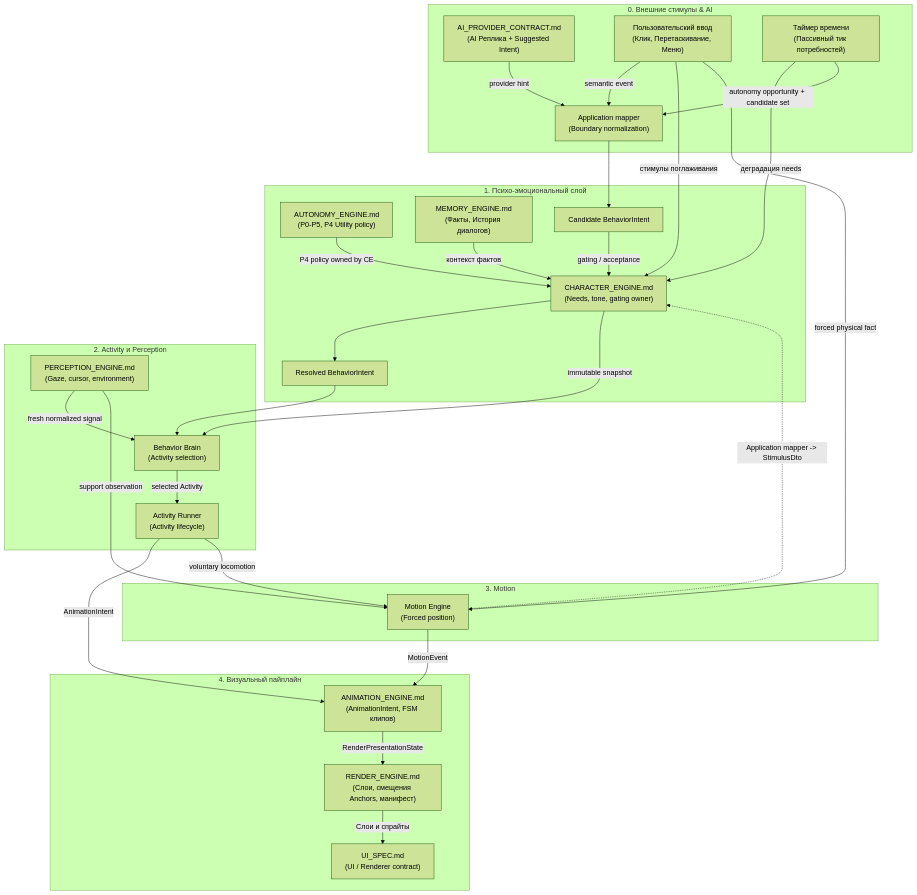
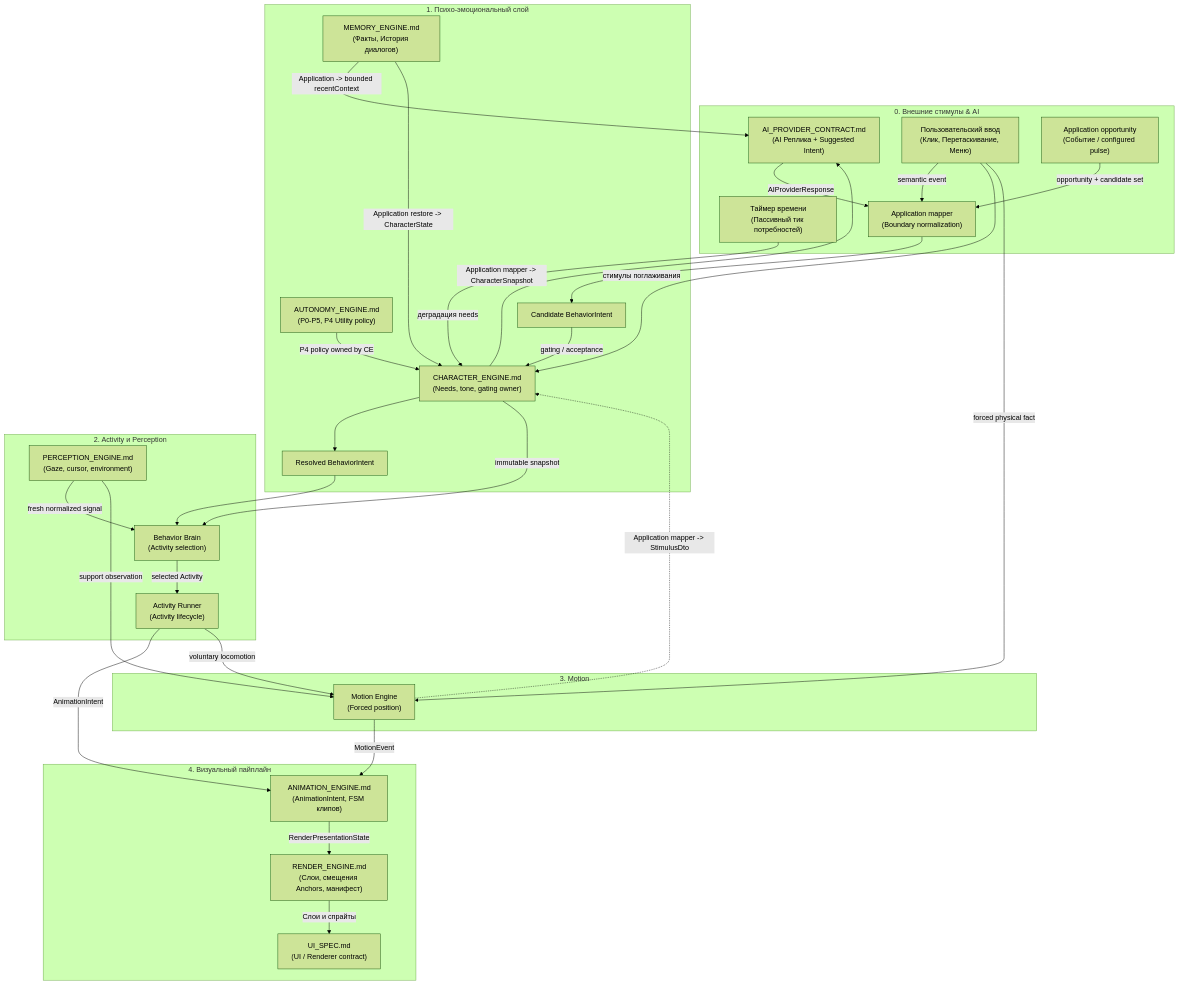
One commit to zyzycode/project_wisp changed the diagram in docs/engine/README.md. Above: the diagram before and after it, drawn with Mermaid (forest theme). The commit also changed other lines of this file, not shown here.

````diff
--- a/docs/engine/README.md
+++ b/docs/engine/README.md
@@ -46,63 +48,66 @@
 ```mermaid
 flowchart TD
     subgraph External["0. Внешние стимулы & AI"]
         AI["AI_PROVIDER_CONTRACT.md\n(AI Реплика + Suggested Intent)"]
         UserEvents["Пользовательский ввод\n(Клик, Перетаскивание, Меню)"]
         Tick["Таймер времени\n(Пассивный тик потребностей)"]
+        Opportunity["Application opportunity\n(Событие / configured pulse)"]
         Mapper["Application mapper\n(Boundary normalization)"]
     end
 
     subgraph Mind["1. Психо-эмоциональный слой"]
         CE["CHARACTER_ENGINE.md\n(Needs, tone, gating owner)"]
         AU["AUTONOMY_ENGINE.md\n(P0-P5, P4 Utility policy)"]
         Mem["MEMORY_ENGINE.md\n(Факты, История диалогов)"]
         Candidate["Candidate BehaviorIntent"]
         Resolved["Resolved BehaviorIntent"]
     end
 
     subgraph Behavior["2. Activity и Perception"]
         Brain["Behavior Brain\n(Activity selection)"]
         Runner["Activity Runner\n(Activity lifecycle)"]
         Perception["PERCEPTION_ENGINE.md\n(Gaze, cursor, environment)"]
     end
 
     subgraph Motion["3. Motion"]
         Physics["Motion Engine\n(Forced position)"]
     end
 
     subgraph Visual["4. Визуальный пайплайн"]
         AE["ANIMATION_ENGINE.md\n(AnimationIntent, FSM клипов)"]
         RE["RENDER_ENGINE.md\n(Слои, смещения Anchors, манифест)"]
         UI["UI_SPEC.md\n(UI / Renderer contract)"]
     end
 
     %% Потоки стимулов
     Tick -->|деградация needs| CE
-    AI -->|provider hint| Mapper
+    CE -->|Application mapper -> CharacterSnapshot| AI
+    Mem -->|Application -> bounded recentContext| AI
+    AI -->|AIProviderResponse| Mapper
     UserEvents -->|semantic event| Mapper
-    Tick -->|autonomy opportunity + candidate set| Mapper
+    Opportunity -->|opportunity + candidate set| Mapper
     Mapper --> Candidate
     Candidate -->|gating / acceptance| CE
     AU -->|P4 policy owned by CE| CE
     CE --> Resolved
     UserEvents -->|стимулы поглаживания| CE
     UserEvents -->|forced physical fact| Physics
 
     %% Психология -> Выбор поведения
-    Mem -->|контекст фактов| CE
+    Mem -->|Application restore -> CharacterState| CE
     Resolved --> Brain
     CE -->|immutable snapshot| Brain
     Brain -->|selected Activity| Runner
     Perception -->|fresh normalized signal| Brain
     Perception -->|support observation| Physics
 
     %% Activity/Motion -> Визуализация
     Runner -->|AnimationIntent| AE
     Physics -->|MotionEvent| AE
     Runner -->|voluntary locomotion| Physics
     AE -->|RenderPresentationState| RE
     RE -->|Слои и спрайты| UI
 
     %% Обратная связь физики в психологию
     Physics -.->|Application mapper -> StimulusDto| CE
 ```
````
